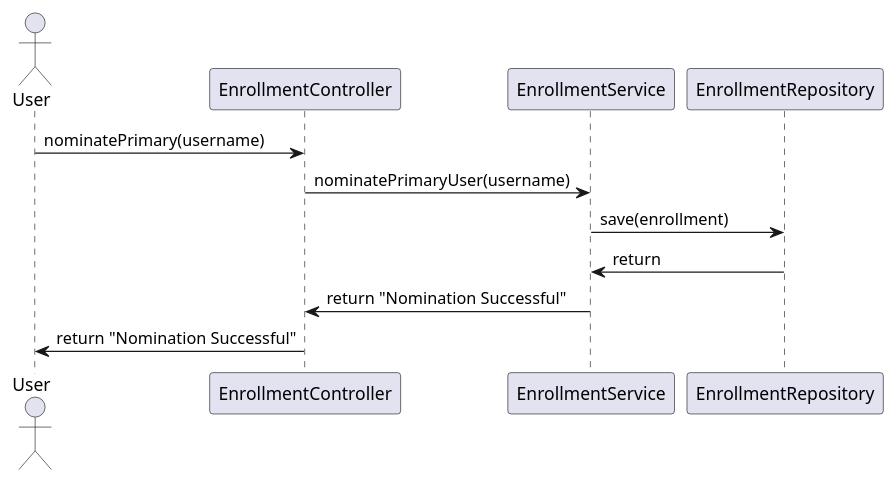
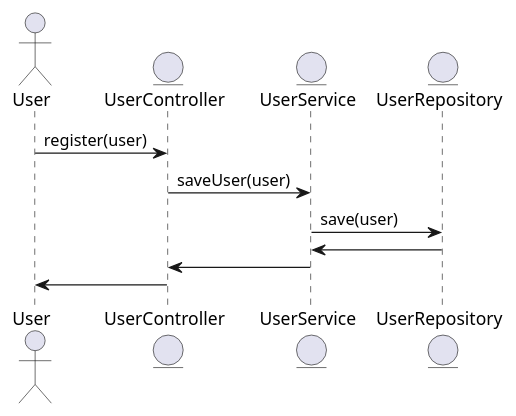
Before and after one commit to Dinesh-s95/AutoDoc.ai: the first of 4 diagrams in enrollment/documentation/detaileddesign.adoc, drawn with PlantUML. The commit also changed other lines of this file and 4 other files, not shown here.

```diff
--- a/enrollment/documentation/detaileddesign.adoc
+++ b/enrollment/documentation/detaileddesign.adoc
@@ -193,16 +172,16 @@
-[plantuml, user-registration-sequence, png]
+[plantuml, user-registration-flow, png]
 ----
 @startuml
-actor "User" as user
-participant "EnrollmentController" as controller
-participant "EnrollmentService" as service
-participant "EnrollmentRepository" as repo
+actor User
+entity UserController
+entity UserService
+entity UserRepository
 
-user -> controller : nominatePrimary(username)
-controller -> service : nominatePrimaryUser(username)
-service -> repo : save(enrollment)
-repo -> service : return
-service -> controller : return "Nomination Successful"
-controller -> user : return "Nomination Successful"
+User -> UserController : register(user)
+UserController -> UserService : saveUser(user)
+UserService -> UserRepository : save(user)
+UserRepository -> UserService
+UserService -> UserController
+UserController -> User
 @enduml
 ----
```
